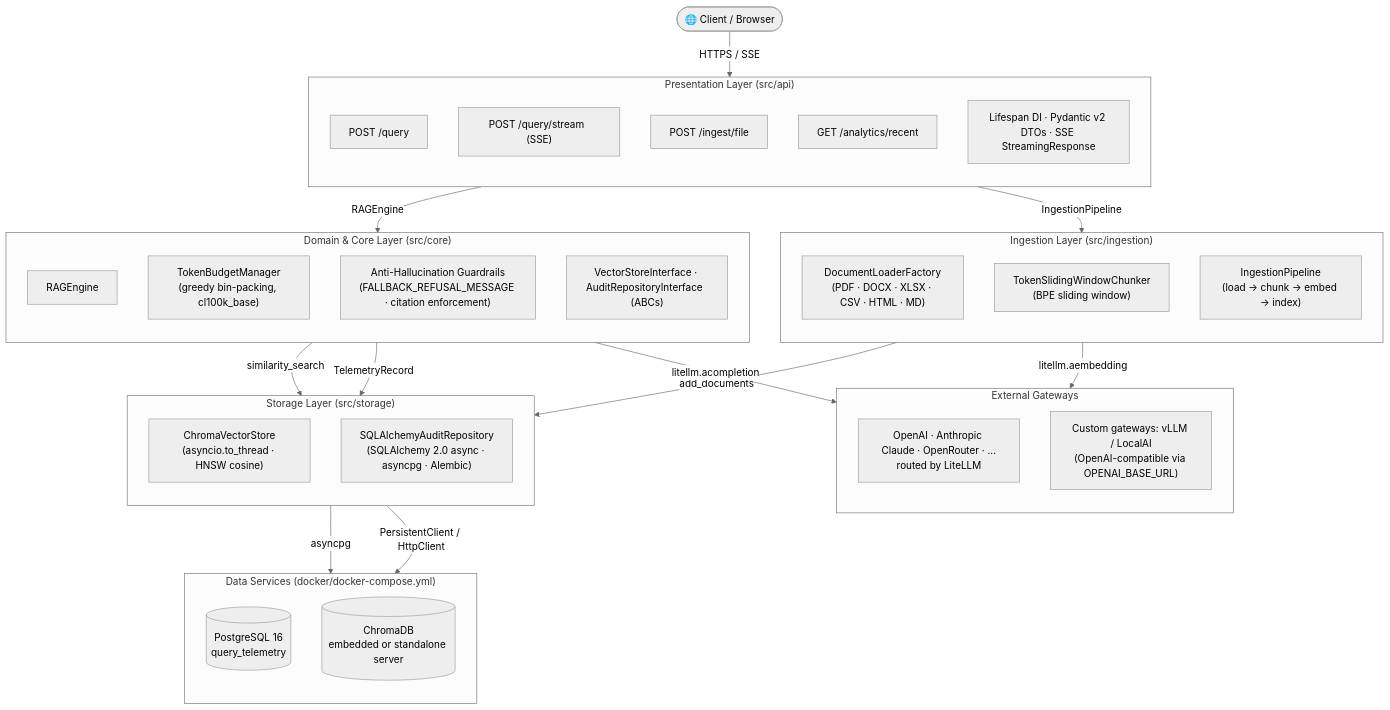
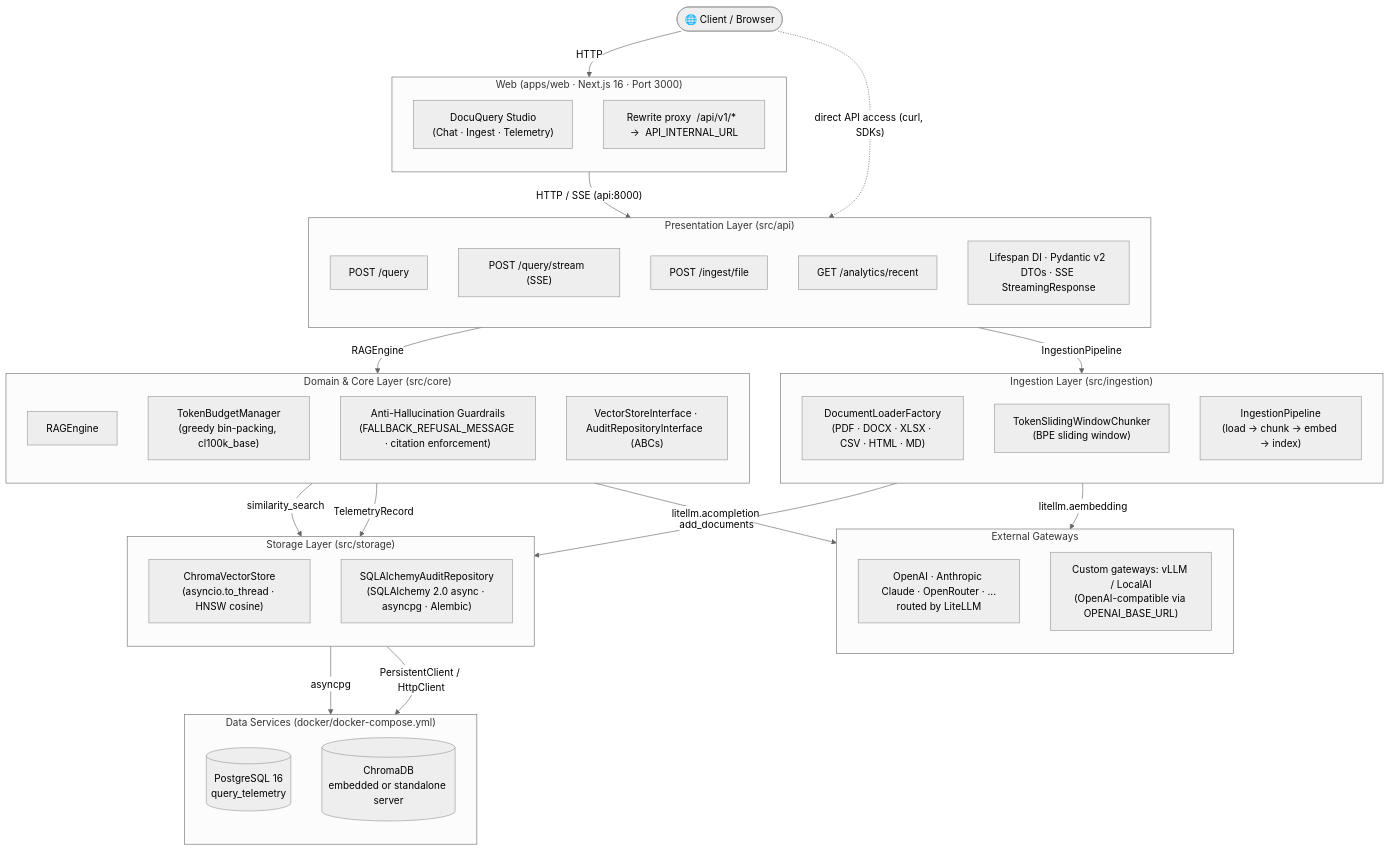
The diagram in README.md (Nazar-Plokhuta/docuquery-rag-agent), drawn with Mermaid (neutral theme) before and after one commit. The commit also changed other lines of this file and 14 other files, not shown here.

Commit message:
chore(release): bump version to 2.1.0, containerize Next.js web console, and update ADR-08

````diff
--- a/README.md
+++ b/README.md
@@ -34,57 +41,65 @@
 ```mermaid
 flowchart TD
     Client(["🌐 Client / Browser"])
+
+    subgraph Web["Web  (apps/web · Next.js 16 · Port 3000)"]
+        direction TB
+        UI["DocuQuery Studio\n(Chat · Ingest · Telemetry)"]
+        PX["Rewrite proxy  /api/v1/*  →  API_INTERNAL_URL"]
+    end
 
     subgraph Presentation["Presentation Layer  (src/api)"]
         direction TB
         R1["POST /query"]
         R2["POST /query/stream  (SSE)"]
         R3["POST /ingest/file"]
         R4["GET  /analytics/recent"]
         DI["Lifespan DI · Pydantic v2 DTOs · SSE StreamingResponse"]
     end
 
     subgraph Domain["Domain & Core Layer  (src/core)"]
         direction TB
         RAG["RAGEngine"]
         TBM["TokenBudgetManager\n(greedy bin-packing, cl100k_base)"]
         AHG["Anti-Hallucination Guardrails\n(FALLBACK_REFUSAL_MESSAGE · citation enforcement)"]
         ABCs["VectorStoreInterface · AuditRepositoryInterface  (ABCs)"]
     end
 
     subgraph Ingestion["Ingestion Layer  (src/ingestion)"]
         direction TB
         LD["DocumentLoaderFactory\n(PDF · DOCX · XLSX · CSV · HTML · MD)"]
         CHK["TokenSlidingWindowChunker\n(BPE sliding window)"]
         PIP["IngestionPipeline\n(load → chunk → embed → index)"]
     end
 
     subgraph Storage["Storage Layer  (src/storage)"]
         direction TB
         VEC["ChromaVectorStore\n(asyncio.to_thread · HNSW cosine)"]
         ADB["SQLAlchemyAuditRepository\n(SQLAlchemy 2.0 async · asyncpg · Alembic)"]
     end
 
     subgraph Data["Data Services  (docker/docker-compose.yml)"]
         direction TB
         PG[("PostgreSQL 16\nquery_telemetry")]
         CH[("ChromaDB\nembedded or standalone server")]
     end
 
     subgraph Gateways["External Gateways"]
         direction TB
         OAI["OpenAI · Anthropic Claude · OpenRouter · ...\nrouted by LiteLLM"]
         ORT["Custom gateways: vLLM / LocalAI\n(OpenAI-compatible via OPENAI_BASE_URL)"]
     end
 
     Storage -->|"asyncpg"| PG
     Storage -->|"PersistentClient / HttpClient"| CH
-    Client -->|"HTTPS / SSE"| Presentation
+    Client -->|"HTTP"| Web
+    Web -->|"HTTP / SSE (api:8000)"| Presentation
+    Client -.->|"direct API access (curl, SDKs)"| Presentation
     Presentation -->|"RAGEngine"| Domain
     Presentation -->|"IngestionPipeline"| Ingestion
     Domain -->|"similarity_search"| Storage
     Domain -->|"TelemetryRecord"| Storage
     Ingestion -->|"add_documents"| Storage
     Domain -->|"litellm.acompletion"| Gateways
     Ingestion -->|"litellm.aembedding"| Gateways
 ```
````
